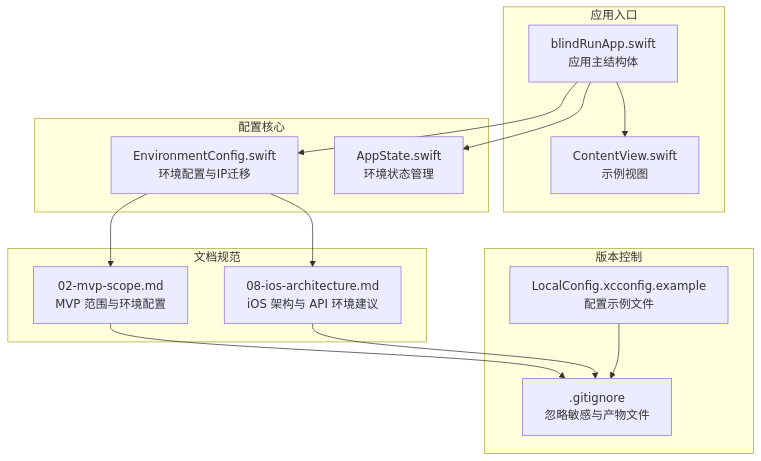
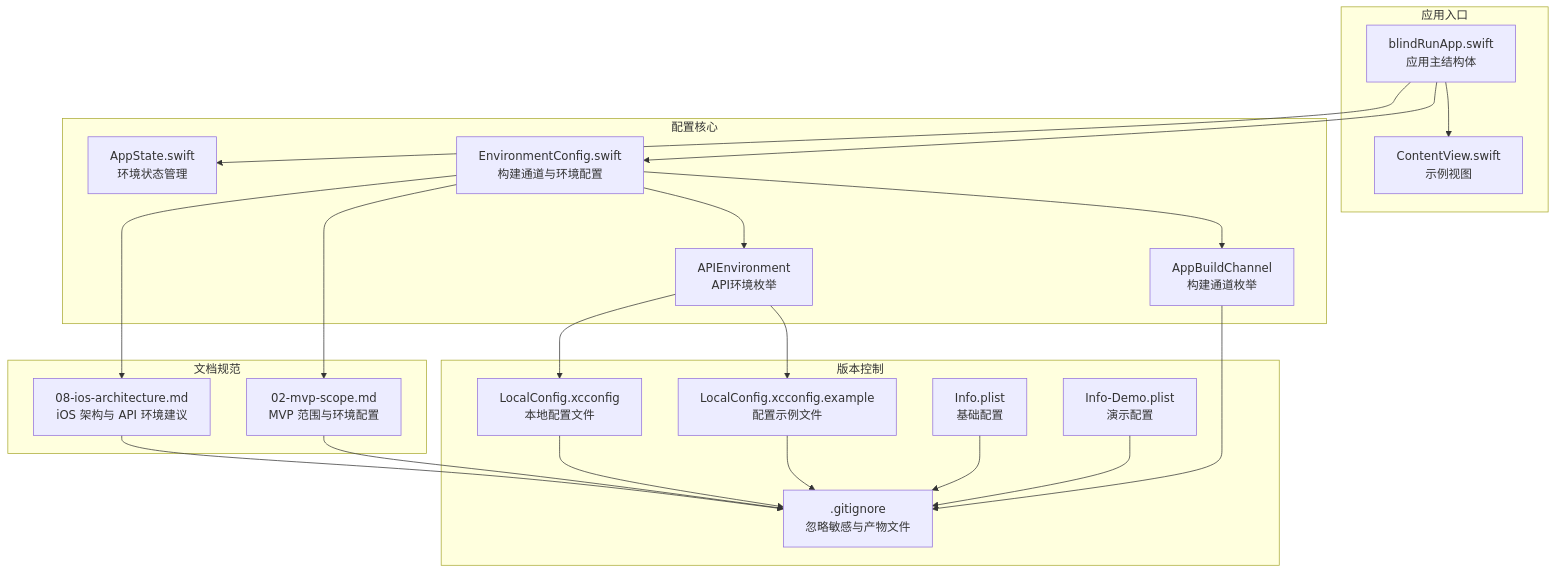
The first of 8 diagrams in .qoder/repowiki/zh/content/配置与部署/环境配置.md (Jayden23018/blind-run-ios), drawn with Mermaid before and after one commit. The commit also changed other lines of this file and 20 other files, not shown here.

Commit message:
Implement demo and production iOS build channel strategy

````diff
--- a/.qoder/repowiki/zh/content/配置与部署/环境配置.md
+++ b/.qoder/repowiki/zh/content/配置与部署/环境配置.md
@@ -32,27 +45,40 @@
 ```mermaid
 graph TB
 subgraph "应用入口"
 A["blindRunApp.swift<br/>应用主结构体"]
 B["ContentView.swift<br/>示例视图"]
 end
 subgraph "配置核心"
-C["EnvironmentConfig.swift<br/>环境配置与IP迁移"]
+C["EnvironmentConfig.swift<br/>构建通道与环境配置"]
 D["AppState.swift<br/>环境状态管理"]
+E["AppBuildChannel<br/>构建通道枚举"]
+F["APIEnvironment<br/>API环境枚举"]
 end
 subgraph "文档规范"
-E["02-mvp-scope.md<br/>MVP 范围与环境配置"]
-F["08-ios-architecture.md<br/>iOS 架构与 API 环境建议"]
+G["02-mvp-scope.md<br/>MVP 范围与环境配置"]
+H["08-ios-architecture.md<br/>iOS 架构与 API 环境建议"]
 end
 subgraph "版本控制"
-G[".gitignore<br/>忽略敏感与产物文件"]
-H["LocalConfig.xcconfig.example<br/>配置示例文件"]
+I[".gitignore<br/>忽略敏感与产物文件"]
+J["LocalConfig.xcconfig.example<br/>配置示例文件"]
+K["LocalConfig.xcconfig<br/>本地配置文件"]
+L["Info.plist<br/>基础配置"]
+M["Info-Demo.plist<br/>演示配置"]
 end
 A --> B
 A --> C
 A --> D
 C --> E
 C --> F
-E --> G
-F --> G
-H --> G
+C --> G
+C --> H
+E --> I
+F --> J
+F --> K
+G --> I
+H --> I
+J --> I
+K --> I
+L --> I
+M --> I
 ```
````
